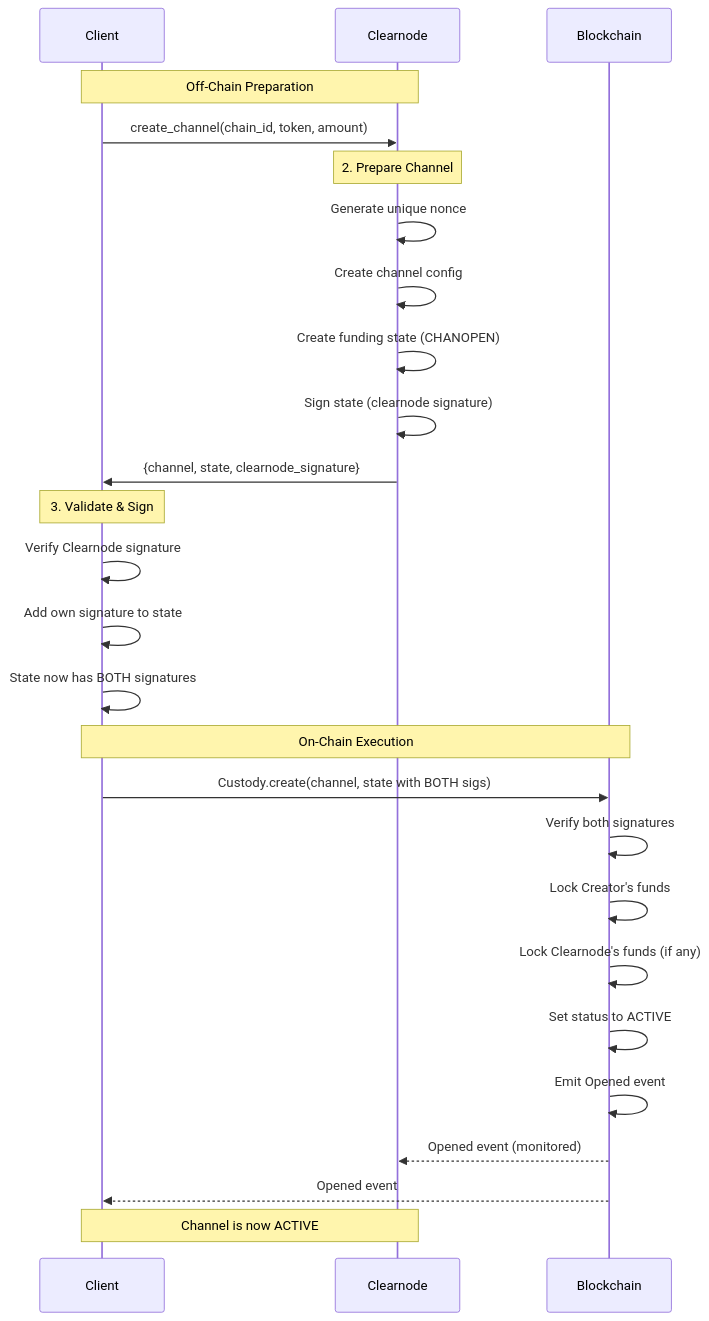
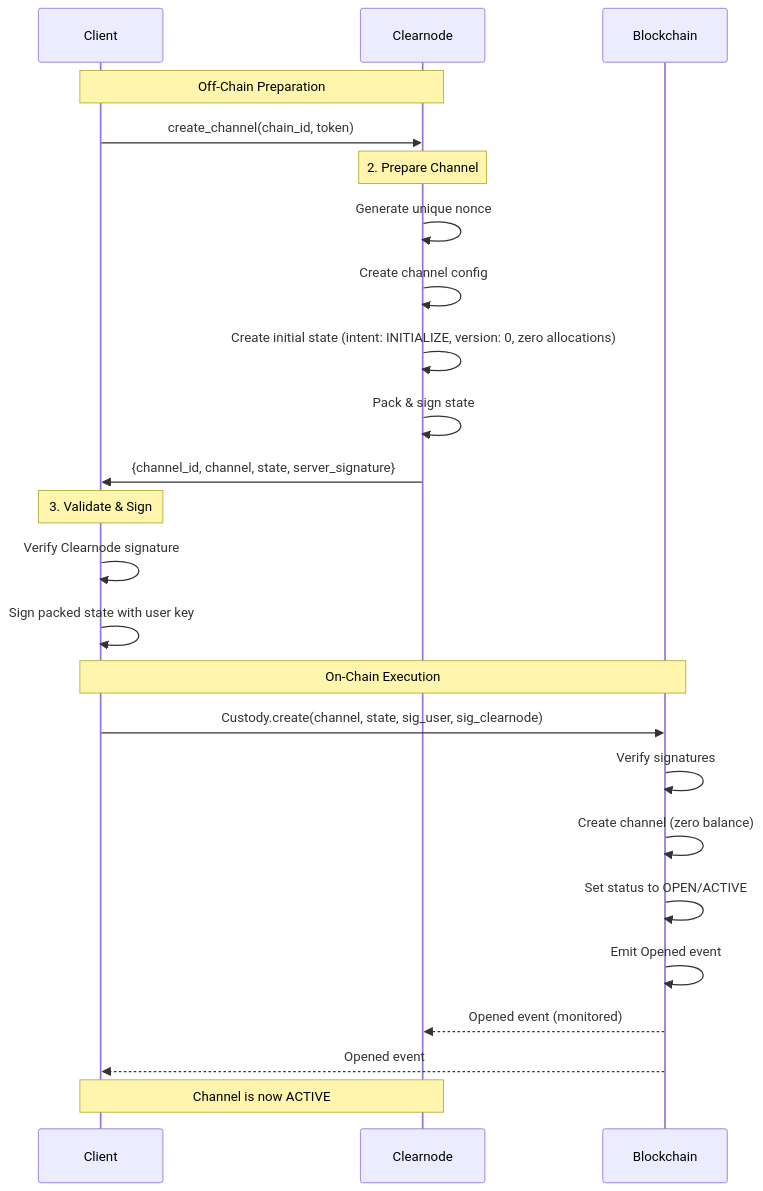
The second of 6 diagrams in docs/protocol/communication-flows.mdx (layer-3/docs), drawn with Mermaid before and after one commit. The commit also changed other lines of this file and 11 other files, not shown here.

````diff
--- a/docs/protocol/communication-flows.mdx
+++ b/docs/protocol/communication-flows.mdx
@@ -194,35 +191,33 @@
 ```mermaid
 sequenceDiagram
     participant Client
     participant Clearnode
     participant Blockchain
     
     Note over Client,Clearnode: Off-Chain Preparation
-    Client->>Clearnode: create_channel(chain_id, token, amount)
+    Client->>Clearnode: create_channel(chain_id, token)
     
     Note over Clearnode: 2. Prepare Channel
     Clearnode->>Clearnode: Generate unique nonce
     Clearnode->>Clearnode: Create channel config
-    Clearnode->>Clearnode: Create funding state (CHANOPEN)
-    Clearnode->>Clearnode: Sign state (clearnode signature)
+    Clearnode->>Clearnode: Create initial state (intent: INITIALIZE, version: 0, zero allocations)
+    Clearnode->>Clearnode: Pack & sign state
     
-    Clearnode->>Client: {channel, state, clearnode_signature}
+    Clearnode->>Client: {channel_id, channel, state, server_signature}
     
     Note over Client: 3. Validate & Sign
     Client->>Client: Verify Clearnode signature
-    Client->>Client: Add own signature to state
-    Client->>Client: State now has BOTH signatures
+    Client->>Client: Sign packed state with user key
     
     Note over Client,Blockchain: On-Chain Execution
-    Client->>Blockchain: Custody.create(channel, state with BOTH sigs)
-    Blockchain->>Blockchain: Verify both signatures
-    Blockchain->>Blockchain: Lock Creator's funds
-    Blockchain->>Blockchain: Lock Clearnode's funds (if any)
-    Blockchain->>Blockchain: Set status to ACTIVE
+    Client->>Blockchain: Custody.create(channel, state, sig_user, sig_clearnode)
+    Blockchain->>Blockchain: Verify signatures
+    Blockchain->>Blockchain: Create channel (zero balance)
+    Blockchain->>Blockchain: Set status to OPEN/ACTIVE
     Blockchain->>Blockchain: Emit Opened event
     
     Blockchain-->>Clearnode: Opened event (monitored)
     Blockchain-->>Client: Opened event
     
     Note over Client,Clearnode: Channel is now ACTIVE
 ```
````
